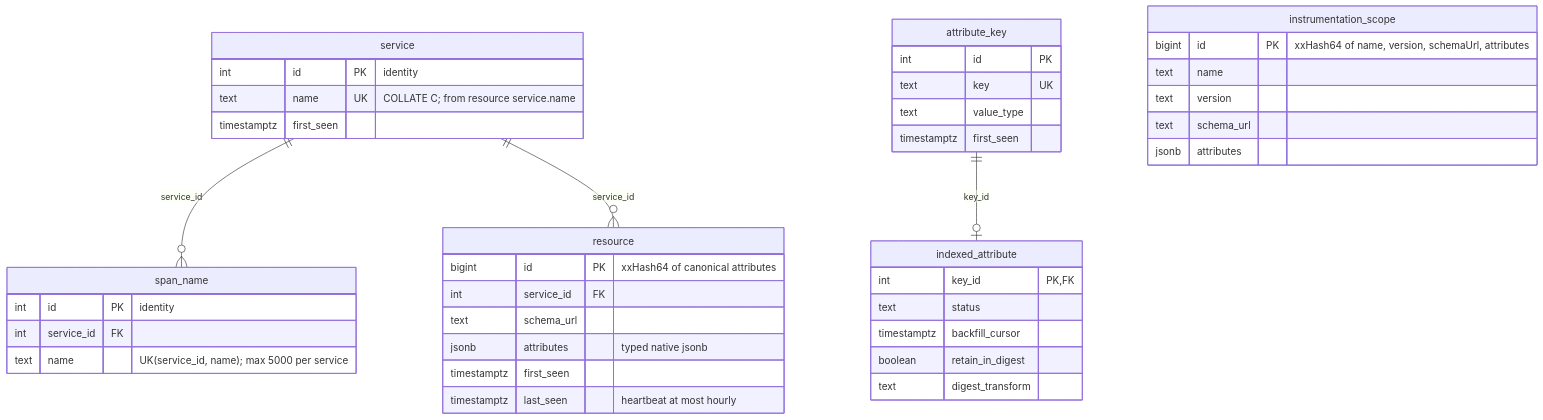
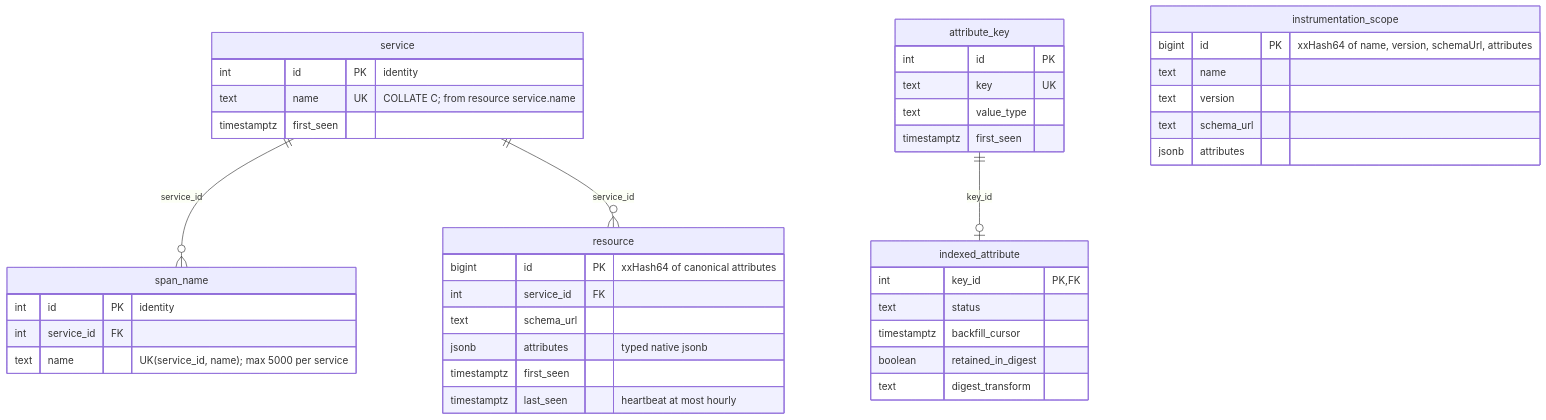
One commit to aasmc/tracing-system changed the second of 7 diagrams in agent/08-er-diagrams.md. Above: the diagram before and after it, drawn with Mermaid. The commit also changed other lines of this file and 50 other files, not shown here.

First line of the commit message:
Phase 2 slices 2d-1 and 2d-2a: schema, grants, UUID config ids, dictionaries

````diff
--- a/agent/08-er-diagrams.md
+++ b/agent/08-er-diagrams.md
@@ -150,45 +150,45 @@
 ```mermaid
 erDiagram
     service ||--o{ span_name : "service_id"
     service ||--o{ resource : "service_id"
     attribute_key ||--o| indexed_attribute : "key_id"
 
     service {
         int id PK "identity"
         text name UK "COLLATE C; from resource service.name"
         timestamptz first_seen
     }
     span_name {
         int id PK "identity"
         int service_id FK
         text name "UK(service_id, name); max 5000 per service"
     }
     resource {
         bigint id PK "xxHash64 of canonical attributes"
         int service_id FK
         text schema_url
         jsonb attributes "typed native jsonb"
         timestamptz first_seen
         timestamptz last_seen "heartbeat at most hourly"
     }
     instrumentation_scope {
         bigint id PK "xxHash64 of name, version, schemaUrl, attributes"
         text name
         text version
         text schema_url
         jsonb attributes
     }
     attribute_key {
         int id PK
         text key UK
         text value_type
         timestamptz first_seen
     }
     indexed_attribute {
         int key_id PK, FK
         text status
         timestamptz backfill_cursor
-        boolean retain_in_digest
+        boolean retained_in_digest
         text digest_transform
     }
 ```
````
